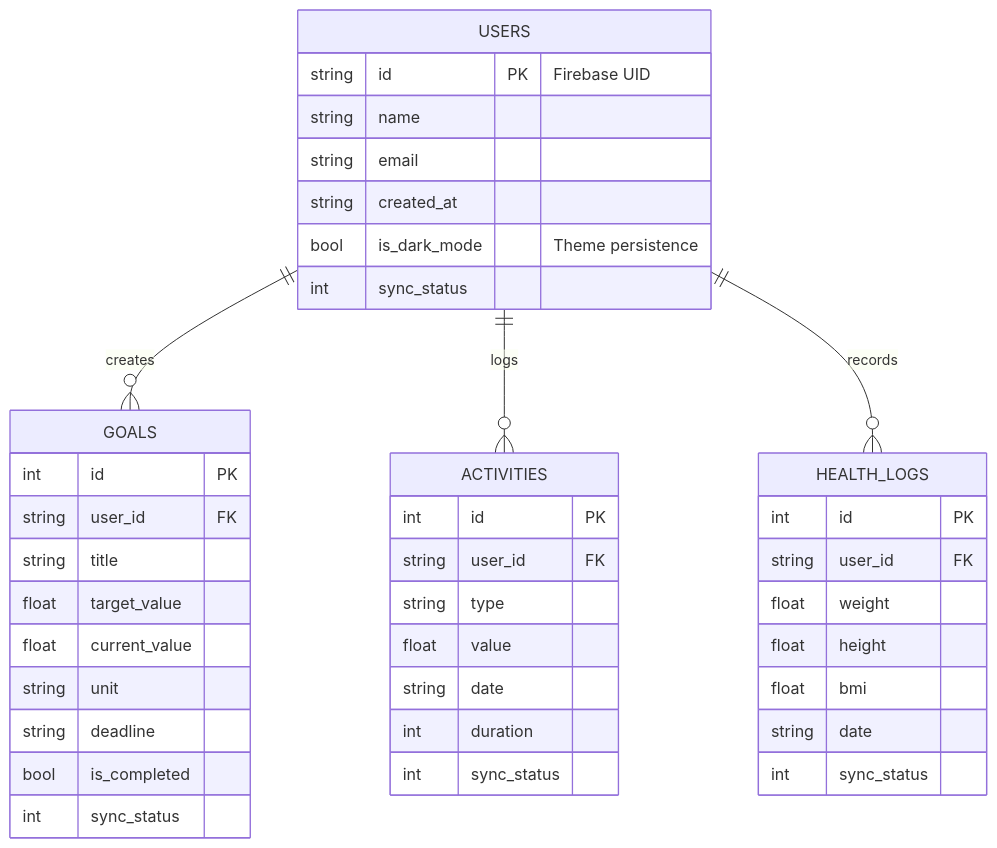
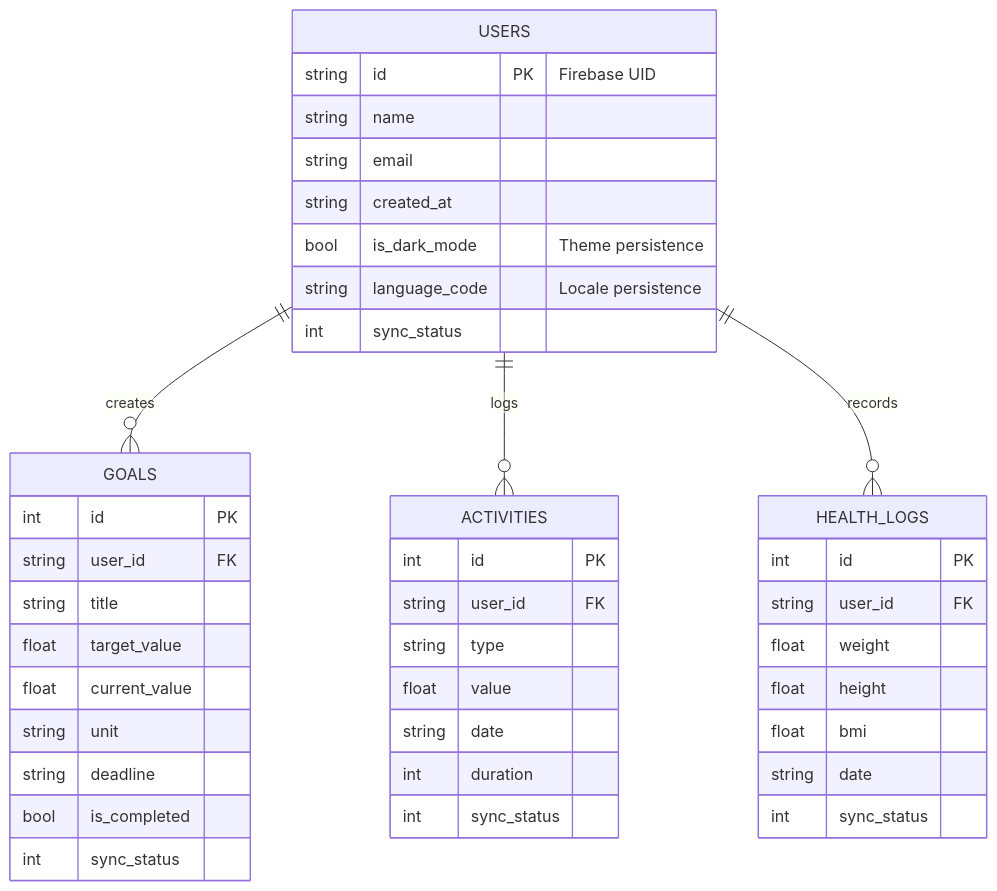
One commit to DuvinduDinethminDevendra/health_monitor-application changed the third of 3 diagrams in system-architecture.md. Above: the diagram before and after it, drawn with Mermaid. The commit also changed other lines of this file and 23 other files, not shown here.

````diff
--- a/system-architecture.md
+++ b/system-architecture.md
@@ -73,44 +73,45 @@
 ```mermaid
 erDiagram
     USERS {
         string id PK "Firebase UID"
         string name
         string email
         string created_at
         bool is_dark_mode "Theme persistence"
+        string language_code "Locale persistence"
         int sync_status
     }
     GOALS {
         int id PK
         string user_id FK
         string title
         float target_value
         float current_value
         string unit
         string deadline
         bool is_completed
         int sync_status
     }
     ACTIVITIES {
         int id PK
         string user_id FK
         string type
         float value
         string date
         int duration
         int sync_status
     }
     HEALTH_LOGS {
         int id PK
         string user_id FK
         float weight
         float height
         float bmi
         string date
         int sync_status
     }
 
     USERS ||--o{ GOALS : creates
     USERS ||--o{ ACTIVITIES : logs
     USERS ||--o{ HEALTH_LOGS : records
 ```
````
